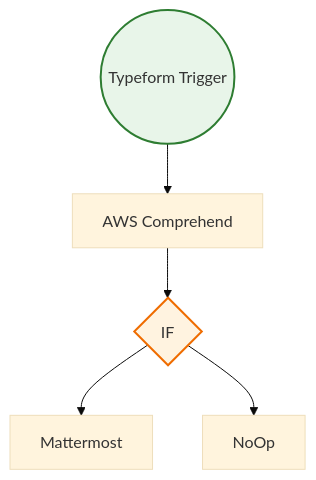
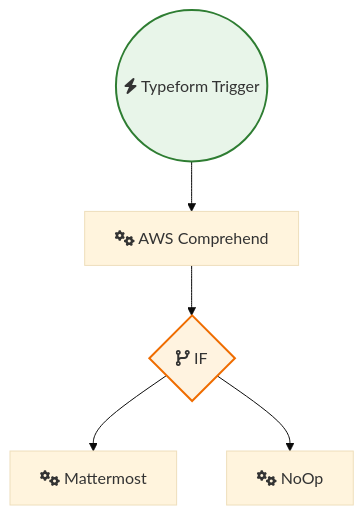
The diagram in Other_Integrations_and_Use_Cases/Analyze feedback using AWS Comprehend and send it to a Mattermost channel.md (sreyash3105/N8N-DEMO-AUTOMATIONS), drawn with Mermaid (base theme) before and after one commit. The commit also changed 291 other files, not shown here.

````diff
--- a/Other_Integrations_and_Use_Cases/Analyze feedback using AWS Comprehend and send it to a Mattermost channel.md
+++ b/Other_Integrations_and_Use_Cases/Analyze feedback using AWS Comprehend and send it to a Mattermost channel.md
@@ -1,17 +1,17 @@
 ```mermaid
 graph TD
     classDef trigger fill:#e8f5e9,stroke:#2e7d32,stroke-width:2px;
     classDef ai fill:#e3f2fd,stroke:#1565c0,stroke-width:2px;
     classDef logic fill:#fff3e0,stroke:#ef6c00,stroke-width:2px;
 
-    Mattermost["Mattermost"]
-    NoOp["NoOp"]
-    IF{"IF"}:::logic
-    AWS_Comprehend["AWS Comprehend"]
-    Typeform_Trigger(("Typeform Trigger")):::trigger
+    Mattermost["fas:fa-cogs Mattermost"]
+    NoOp["fas:fa-cogs NoOp"]
+    IF{"fas:fa-code-branch IF"}:::logic
+    AWS_Comprehend["fas:fa-cogs AWS Comprehend"]
+    Typeform_Trigger(("fas:fa-bolt Typeform Trigger")):::trigger
 
     IF --> Mattermost
     IF --> NoOp
     AWS_Comprehend --> IF
     Typeform_Trigger --> AWS_Comprehend
 ```
````
